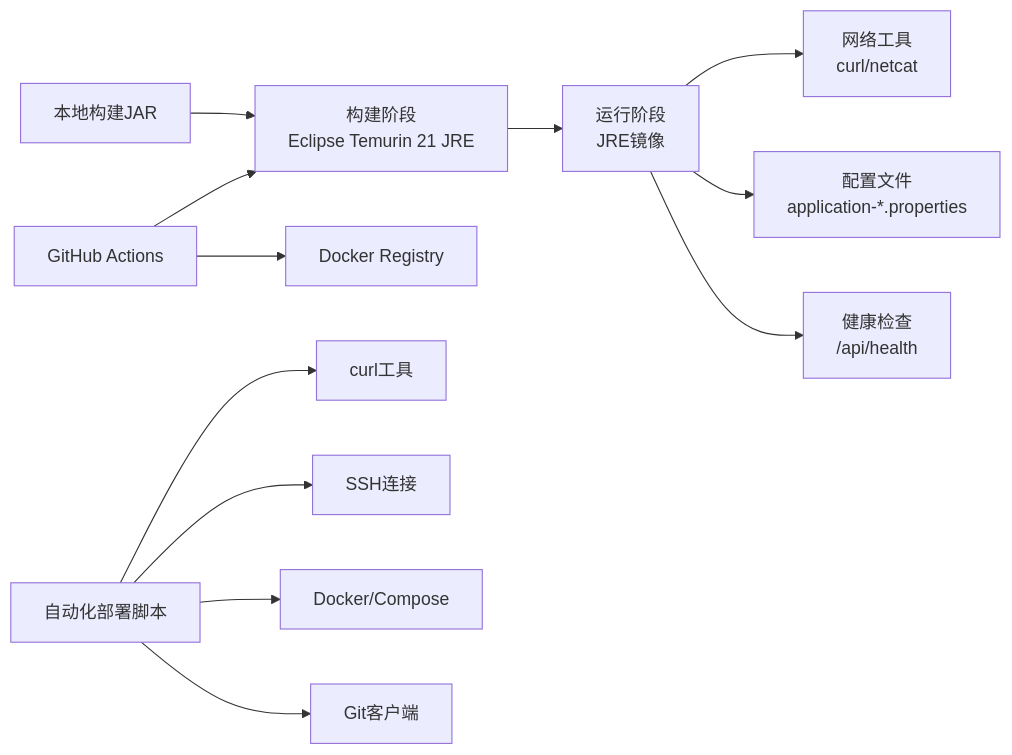
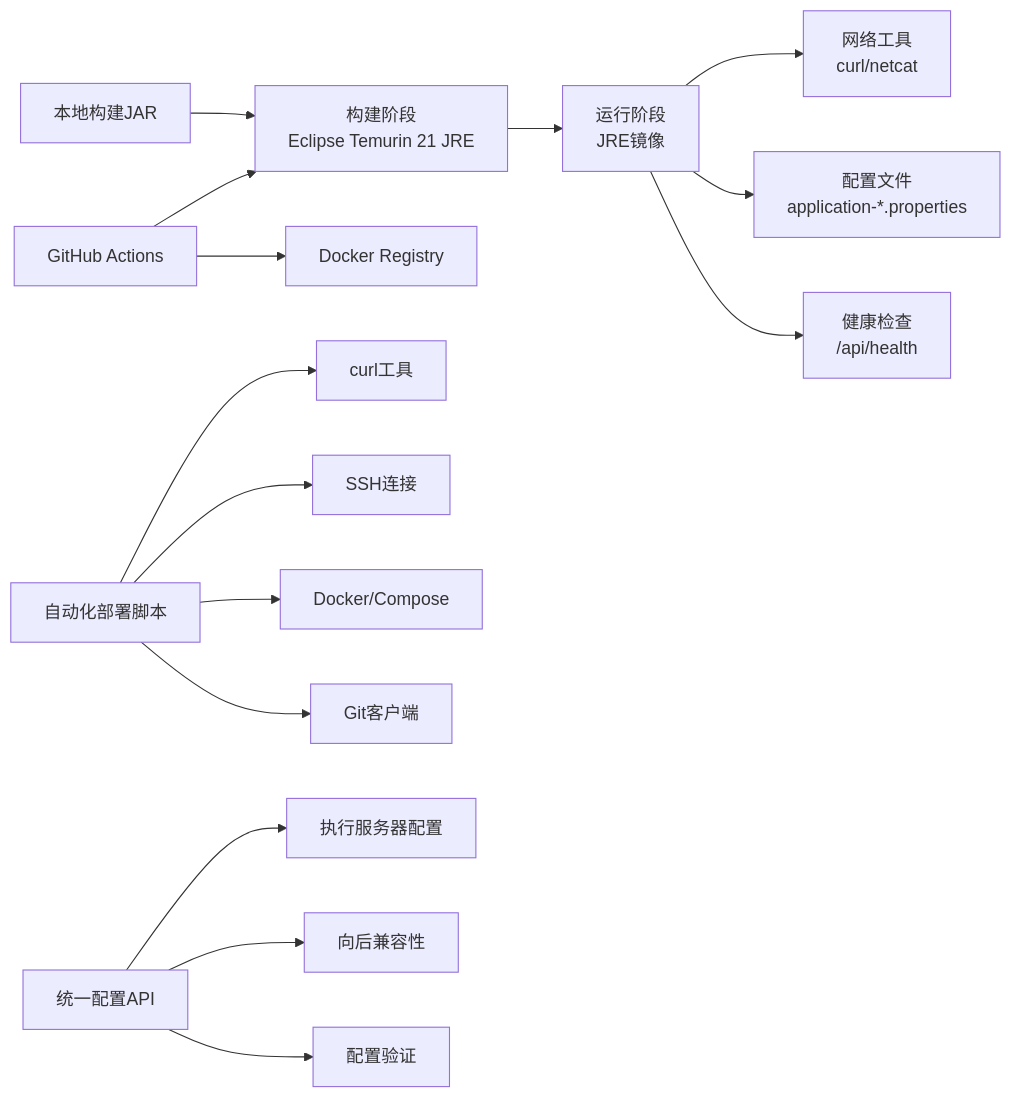
Before and after one commit to liuzh2008/med_ai_assistant_workspace: the ninth of 9 diagrams in .qoder/repowiki/zh/content/部署指南/Docker容器化部署.md, drawn with Mermaid. The commit also changed other lines of this file and 4 other files, not shown here.

````diff
--- a/.qoder/repowiki/zh/content/部署指南/Docker容器化部署.md
+++ b/.qoder/repowiki/zh/content/部署指南/Docker容器化部署.md
@@ -412,14 +457,17 @@
 ```mermaid
 graph LR
 LocalJAR["本地构建JAR"] --> Builder["构建阶段<br/>Eclipse Temurin 21 JRE"]
 Builder --> Runtime["运行阶段<br/>JRE镜像"]
 Runtime --> Tools["网络工具<br/>curl/netcat"]
 Runtime --> Config["配置文件<br/>application-*.properties"]
 Runtime --> Health["健康检查<br/>/api/health"]
 GHA["GitHub Actions"] --> Builder
 GHA --> DockerRegistry["Docker Registry"]
 AutoDeploy["自动化部署脚本"] --> Curl["curl工具"]
 AutoDeploy --> SSH["SSH连接"]
 AutoDeploy --> DockerTools["Docker/Compose"]
 AutoDeploy --> Git["Git客户端"]
+ConfigAPI["统一配置API"] --> ExecutionServer["执行服务器配置"]
+ConfigAPI --> BackwardCompat["向后兼容性"]
+ConfigAPI --> Validation["配置验证"]
 ```
````
